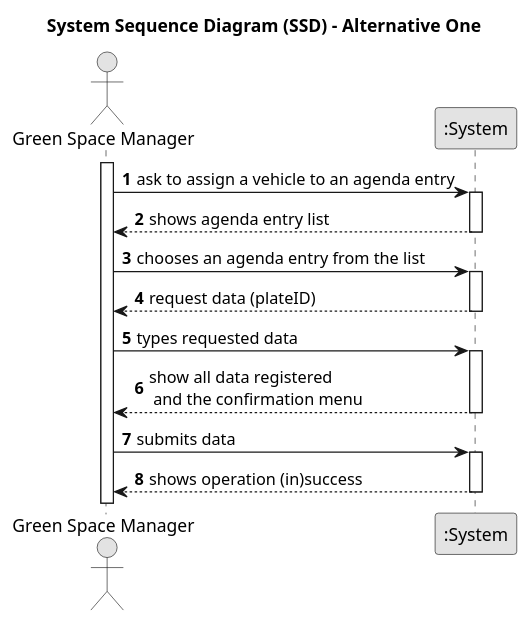
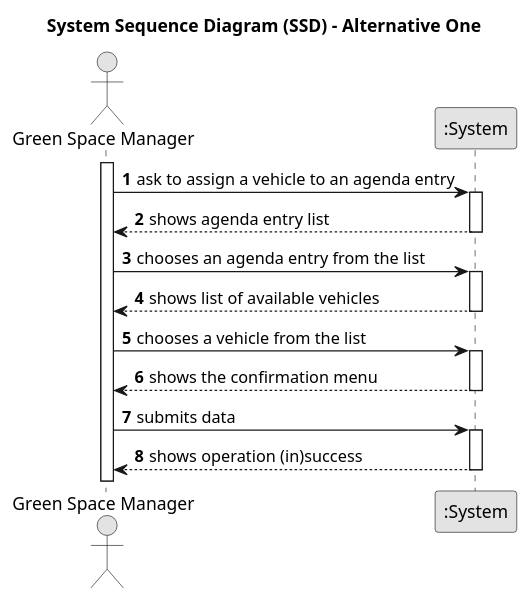
One commit to SAEmanuel/Green_Spaces_Management_ISEP changed the diagram in docs/sprintC/us026/01.requirements-engineering/puml/us026-system-sequence-diagram-alternative-one.puml. Above: the diagram before and after it, drawn with PlantUML. The commit also changed 2 other files, not shown here.

```diff
--- a/docs/sprintC/us026/01.requirements-engineering/puml/us026-system-sequence-diagram-alternative-one.puml
+++ b/docs/sprintC/us026/01.requirements-engineering/puml/us026-system-sequence-diagram-alternative-one.puml
@@ -1,42 +1,42 @@
 @startuml
 skinparam monochrome true
 skinparam packageStyle rectangle
 skinparam shadowing false
 
 title System Sequence Diagram (SSD) - Alternative One
 
 autonumber
 
 actor "Green Space Manager" as Employee
 participant ":System" as System
 
 
 activate Employee
 
     Employee -> System : ask to assign a vehicle to an agenda entry
     activate System
 
         System --> Employee : shows agenda entry list
     deactivate System
 
     Employee -> System : chooses an agenda entry from the list
 
     activate System
 
-        System --> Employee : request data (plateID)
+        System --> Employee : shows list of available vehicles
     deactivate System
 
-     Employee -> System : types requested data
+     Employee -> System : chooses a vehicle from the list
 
      activate System
 
-     System --> Employee : show all data registered\n and the confirmation menu
+     System --> Employee : shows the confirmation menu
      deactivate System
 
     Employee -> System : submits data
     activate System
 
         System --> Employee : shows operation (in)success
     deactivate System
 
 @enduml
```
